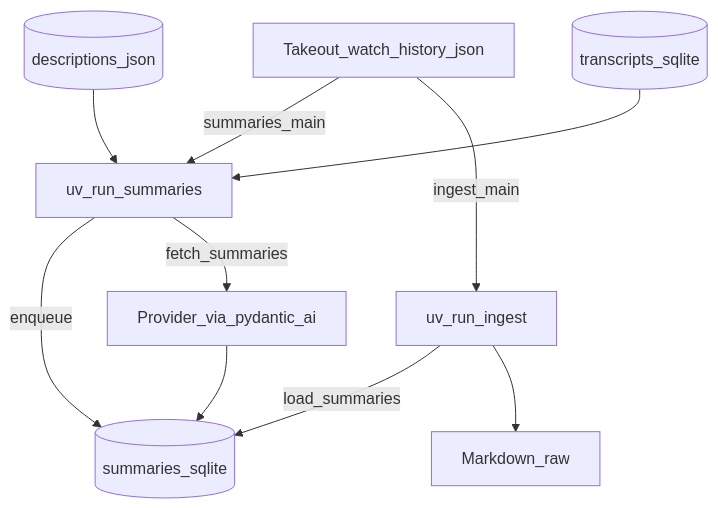
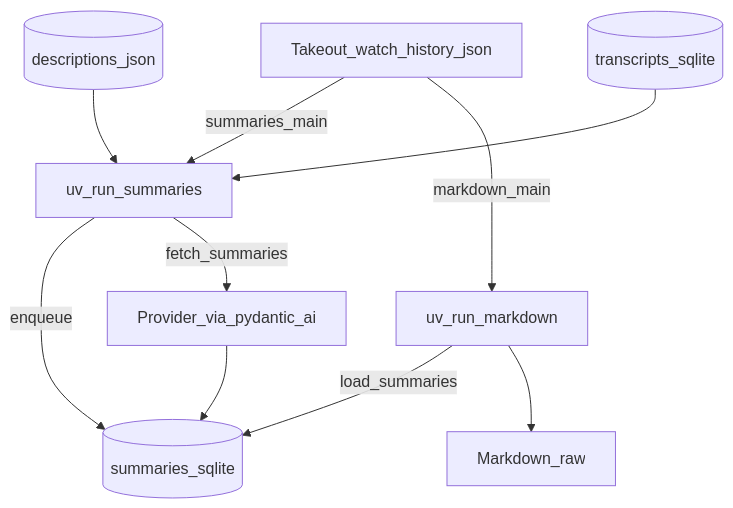
One commit to lars20070/youtubebrain changed the diagram in lat.md/summaries.md. Above: the diagram before and after it, drawn with Mermaid. The commit also changed other lines of this file and 17 other files, not shown here.

````diff
--- a/lat.md/summaries.md
+++ b/lat.md/summaries.md
@@ -11,15 +11,15 @@
 ```mermaid
 flowchart TD
     Takeout[Takeout_watch_history_json]
     Takeout -->|summaries_main| SM[uv_run_summaries]
-    Takeout -->|ingest_main| Ingest[uv_run_ingest]
+    Takeout -->|markdown_main| Markdown[uv_run_markdown]
     Desc[(descriptions_json)]
     TxDB[(transcripts_sqlite)]
     SM -->|enqueue| SmDB[(summaries_sqlite)]
     Desc --> SM
     TxDB --> SM
     SM -->|fetch_summaries| LLM[Provider_via_pydantic_ai]
     LLM --> SmDB
-    Ingest -->|load_summaries| SmDB
-    Ingest --> MD[Markdown_raw]
+    Markdown -->|load_summaries| SmDB
+    Markdown --> MD[Markdown_raw]
 ```
````
